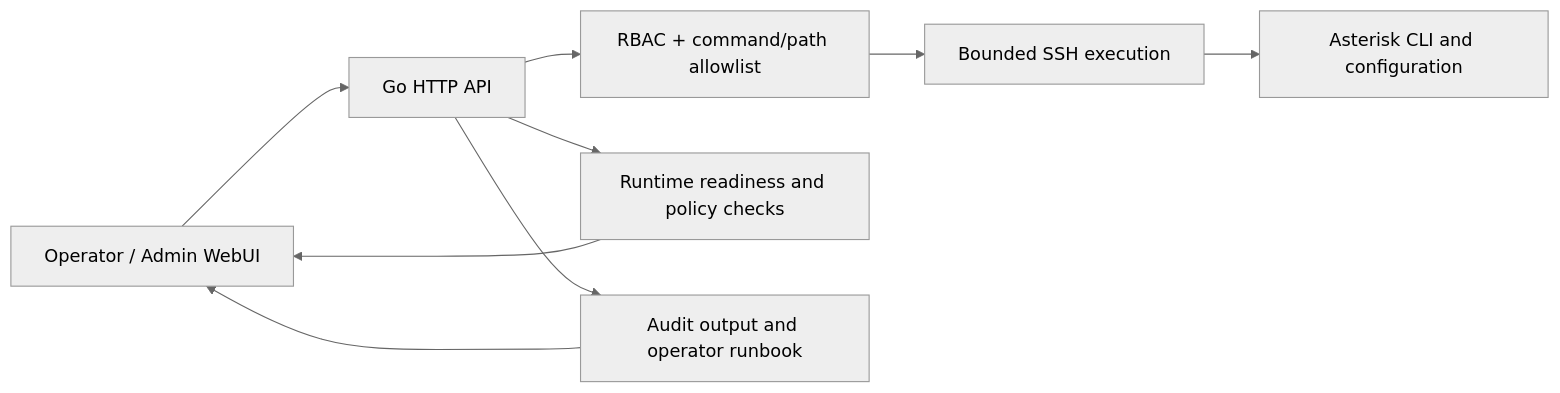
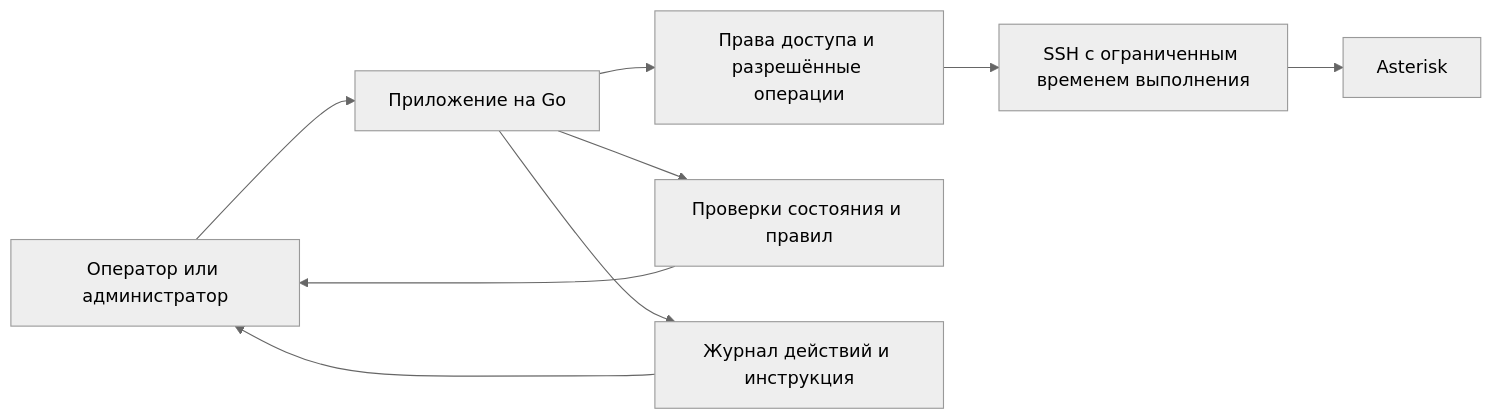
The diagram in README.md (igor04091968/igor-rachkov-portfolio), drawn with Mermaid (neutral theme) before and after one commit. The commit also changed other lines of this file and 9 other files, not shown here.

````diff
--- a/README.md
+++ b/README.md
@@ -49,11 +92,11 @@
 ```mermaid
 flowchart LR
-    UI[Operator / Admin WebUI] --> API[Go HTTP API]
-    API --> Guard[RBAC + command/path allowlist]
-    Guard --> SSH[Bounded SSH execution]
-    SSH --> PBX[Asterisk CLI and configuration]
-    API --> Policy[Runtime readiness and policy checks]
-    API --> Evidence[Audit output and operator runbook]
-    Policy --> UI
-    Evidence --> UI
+    UI[Оператор или администратор] --> API[Приложение на Go]
+    API --> Guard[Права доступа и разрешённые операции]
+    Guard --> SSH[SSH с ограниченным временем выполнения]
+    SSH --> PBX[Asterisk]
+    API --> Checks[Проверки состояния и правил]
+    API --> Docs[Журнал действий и инструкция]
+    Checks --> UI
+    Docs --> UI
 ```
````
